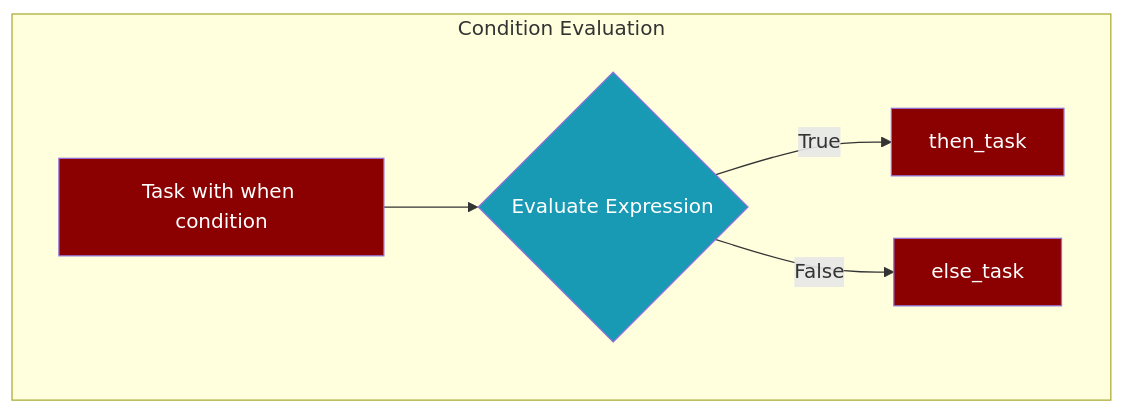
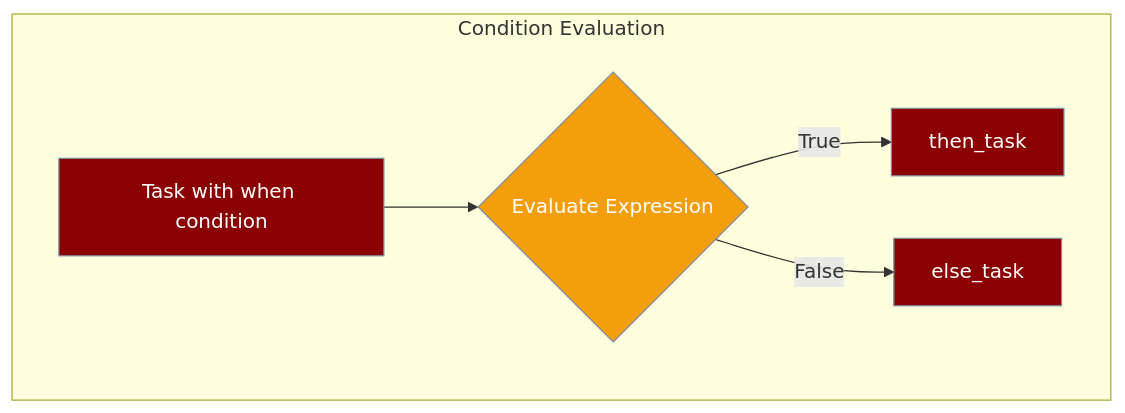
The second of 3 diagrams in docs/features/conditions.mdx (MervinPraison/PraisonAIDocs), drawn with Mermaid before and after one commit. The commit also changed other lines of this file and 9 other files, not shown here.

````diff
--- a/docs/features/conditions.mdx
+++ b/docs/features/conditions.mdx
@@ -244,13 +241,14 @@
 ```mermaid
-graph TD
+graph TB
     subgraph Condition["Condition Evaluation"]
         A[Task with when condition] --> B{Evaluate Expression}
         B -->|True| C[then_task]
         B -->|False| D[else_task]
     end
-    
-    style A fill:#8B0000,color:#fff
-    style B fill:#189AB4,color:#fff
-    style C fill:#8B0000,color:#fff
-    style D fill:#8B0000,color:#fff
+
+    classDef task fill:#8B0000,stroke:#7C90A0,color:#fff
+    classDef decision fill:#F59E0B,stroke:#7C90A0,color:#fff
+
+    class A,C,D task
+    class B decision
 ```
````
